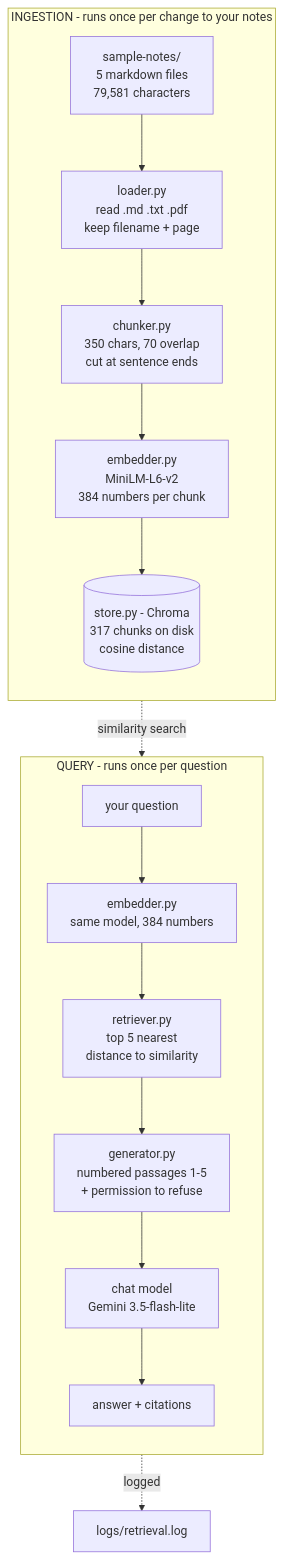
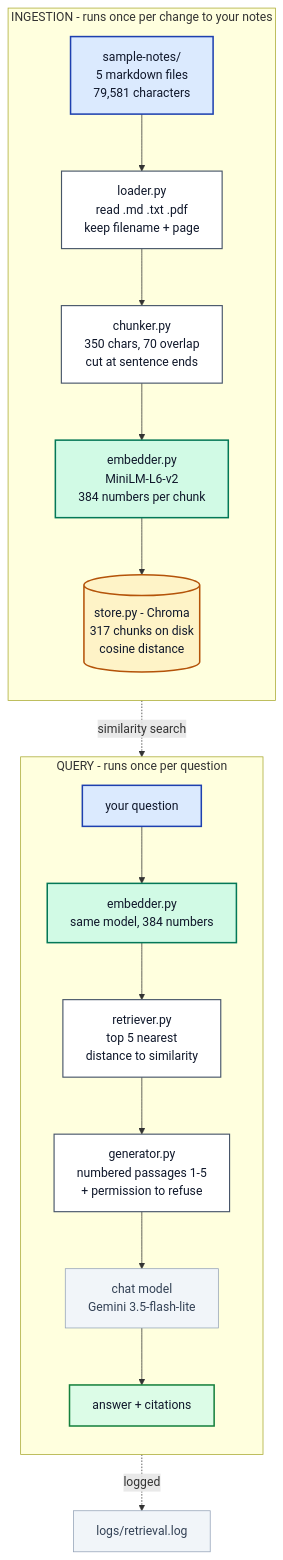
The diagram in README.md (Iddrisusalima/ask-my-docs), drawn with Mermaid before and after one commit. The commit also changed other lines of this file and 1 other file, not shown here.

Commit message:
docs(architecture): Add editable draw.io source for the pipeline diagram
- Add docs/architecture.drawio, openable in app.diagrams.net or the VS Code
  Draw.io Integration extension
- Carry the real figures: 5 files, 79,581 characters, 350/70 chunking,
  384 dimensions, 317 chunks, top-5 retrieval
- Call out the invariant that the embedding model must match on both sides,
  since a mismatch returns confident nonsense rather than an error
- Keep the Mermaid version in the README, which GitHub renders automatically

````diff
--- a/README.md
+++ b/README.md
@@ -23,26 +23,41 @@
 ```mermaid
 flowchart TD
     subgraph ingest["INGESTION - runs once per change to your notes"]
         direction TB
         A["sample-notes/<br/>5 markdown files<br/>79,581 characters"]
         B["loader.py<br/>read .md .txt .pdf<br/>keep filename + page"]
         C["chunker.py<br/>350 chars, 70 overlap<br/>cut at sentence ends"]
         D["embedder.py<br/>MiniLM-L6-v2<br/>384 numbers per chunk"]
         E[("store.py - Chroma<br/>317 chunks on disk<br/>cosine distance")]
         A --> B --> C --> D --> E
     end
 
     subgraph query["QUERY - runs once per question"]
         direction TB
         Q["your question"]
         QE["embedder.py<br/>same model, 384 numbers"]
         R["retriever.py<br/>top 5 nearest<br/>distance to similarity"]
         G["generator.py<br/>numbered passages 1-5<br/>+ permission to refuse"]
         L["chat model<br/>Gemini 3.5-flash-lite"]
         OUT["answer + citations"]
         Q --> QE --> R --> G --> L --> OUT
     end
 
     E -. "similarity search" .-> R
     R -. "logged" .-> LOG["logs/retrieval.log"]
+
+    classDef source fill:#dbeafe,stroke:#1e40af,stroke-width:2px,color:#0f172a
+    classDef plain fill:#ffffff,stroke:#475569,stroke-width:1.5px,color:#0f172a
+    classDef embed fill:#d1fae5,stroke:#047857,stroke-width:2px,color:#0f172a
+    classDef db fill:#fef3c7,stroke:#b45309,stroke-width:2px,color:#0f172a
+    classDef out fill:#dcfce7,stroke:#15803d,stroke-width:2px,color:#0f172a
+    classDef aside fill:#f1f5f9,stroke:#94a3b8,stroke-width:1px,color:#334155
+
+    class A,Q source
+    class B,C,R,G plain
+    class D,QE embed
+    class E db
+    class L aside
+    class OUT out
+    class LOG aside
 ```
````
